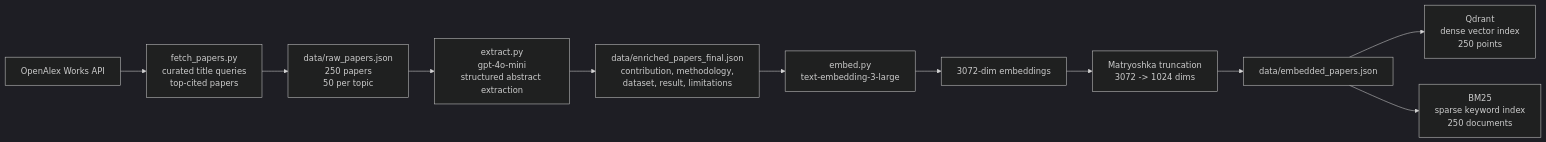
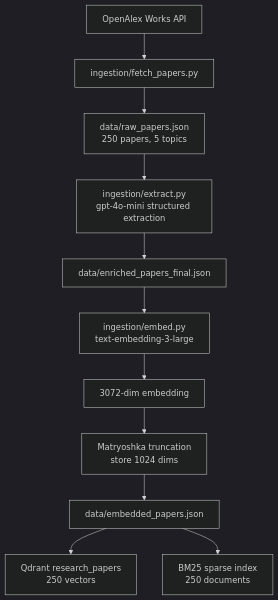
Before and after one commit to rishitha-gogineni/research-synthesis-engine: the second of 6 diagrams in README.md, drawn with Mermaid (dark theme). The commit also changed other lines of this file and 9 other files, not shown here.

````diff
--- a/README.md
+++ b/README.md
@@ -44,13 +52,13 @@
 ```mermaid
-flowchart LR
-    A["OpenAlex Works API"] --> B["fetch_papers.py<br/>curated title queries<br/>top-cited papers"]
-    B --> C["data/raw_papers.json<br/>250 papers<br/>50 per topic"]
-    C --> D["extract.py<br/>gpt-4o-mini<br/>structured abstract extraction"]
-    D --> E["data/enriched_papers_final.json<br/>contribution, methodology,<br/>dataset, result, limitations"]
-    E --> F["embed.py<br/>text-embedding-3-large"]
-    F --> G["3072-dim embeddings"]
-    G --> H["Matryoshka truncation<br/>3072 -> 1024 dims"]
+flowchart TD
+    A["OpenAlex Works API"] --> B["ingestion/fetch_papers.py"]
+    B --> C["data/raw_papers.json<br/>250 papers, 5 topics"]
+    C --> D["ingestion/extract.py<br/>gpt-4o-mini structured extraction"]
+    D --> E["data/enriched_papers_final.json"]
+    E --> F["ingestion/embed.py<br/>text-embedding-3-large"]
+    F --> G["3072-dim embedding"]
+    G --> H["Matryoshka truncation<br/>store 1024 dims"]
     H --> I["data/embedded_papers.json"]
-    I --> J["Qdrant<br/>dense vector index<br/>250 points"]
-    I --> K["BM25<br/>sparse keyword index<br/>250 documents"]
+    I --> J["Qdrant research_papers<br/>250 vectors"]
+    I --> K["BM25 sparse index<br/>250 documents"]
 ```
````
